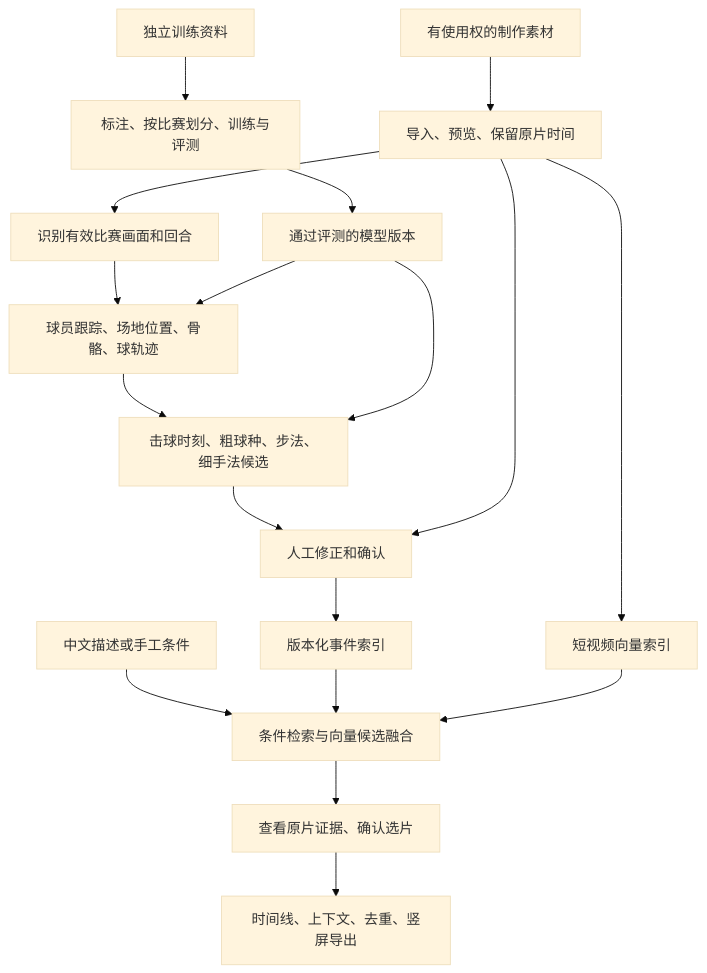
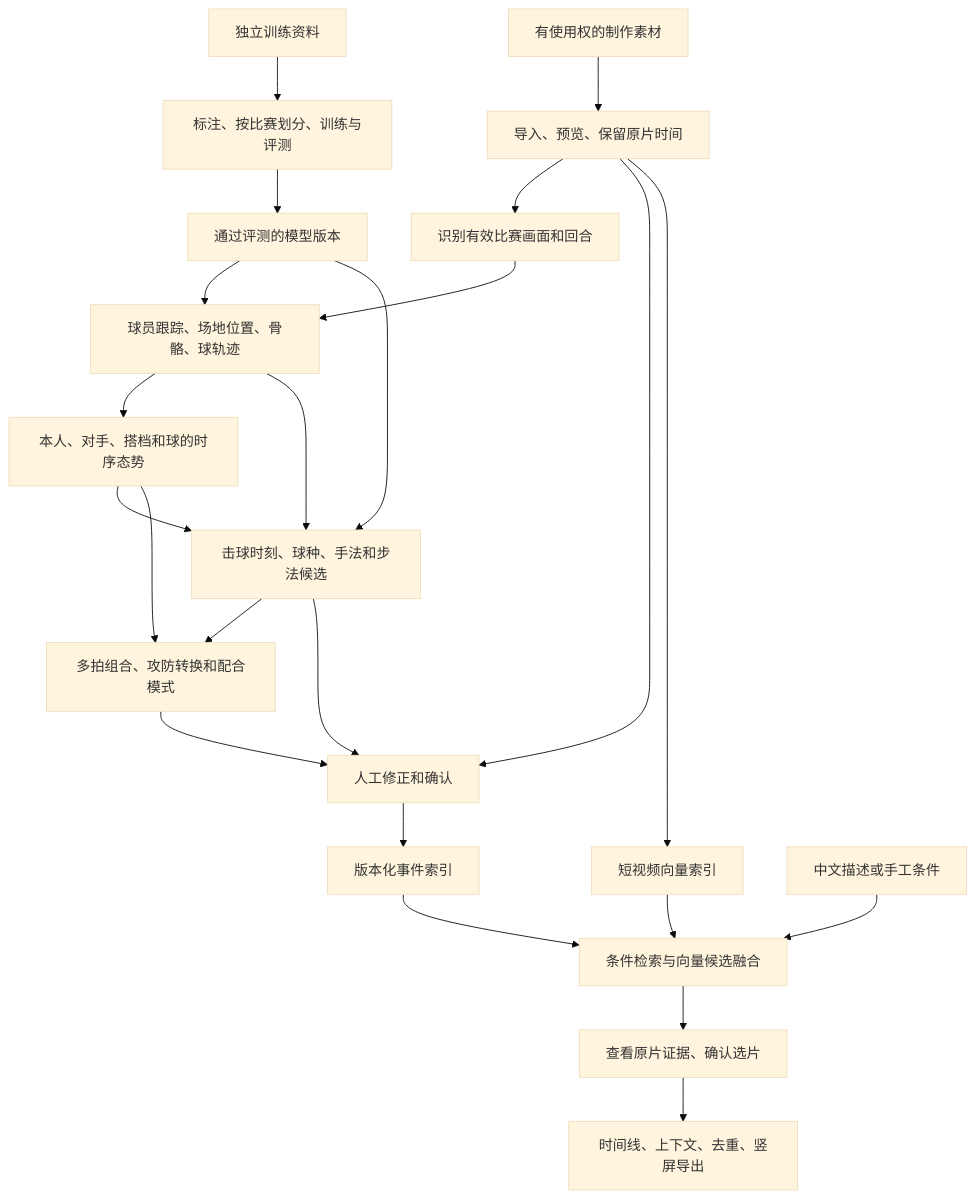
One commit to li-bruce/badmintonTV changed the diagram in docs/END_TO_END_CAPABILITY_PLAN.md. Above: the diagram before and after it, drawn with Mermaid (base theme). The commit also changed other lines of this file and 1 other file, not shown here.

````diff
--- a/docs/END_TO_END_CAPABILITY_PLAN.md
+++ b/docs/END_TO_END_CAPABILITY_PLAN.md
@@ -26,20 +31,25 @@
 ```mermaid
 flowchart TD
     A[有使用权的制作素材] --> B[导入、预览、保留原片时间]
     B --> C[识别有效比赛画面和回合]
     C --> D[球员跟踪、场地位置、骨骼、球轨迹]
-    D --> E[击球时刻、粗球种、步法、细手法候选]
+    D --> S[本人、对手、搭档和球的时序态势]
+    D --> E[击球时刻、球种、手法和步法候选]
+    S --> E
+    E --> P[多拍组合、攻防转换和配合模式]
+    S --> P
+    P --> F
     E --> F[人工修正和确认]
     B --> F
     F --> G[版本化事件索引]
     B --> V[短视频向量索引]
     Q[中文描述或手工条件] --> H[条件检索与向量候选融合]
     G --> H
     V --> H
     H --> I[查看原片证据、确认选片]
     I --> J[时间线、上下文、去重、竖屏导出]
     T[独立训练资料] --> U[标注、按比赛划分、训练与评测]
     U --> M[通过评测的模型版本]
     M --> D
     M --> E
 ```
````
